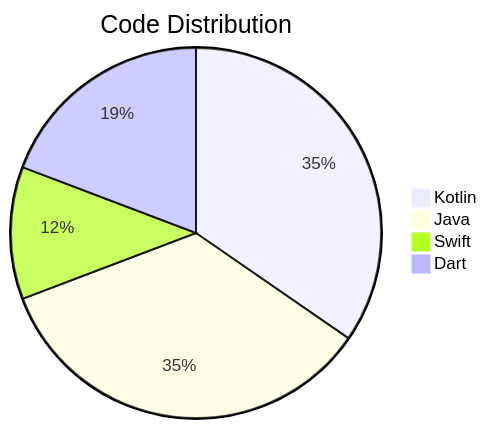
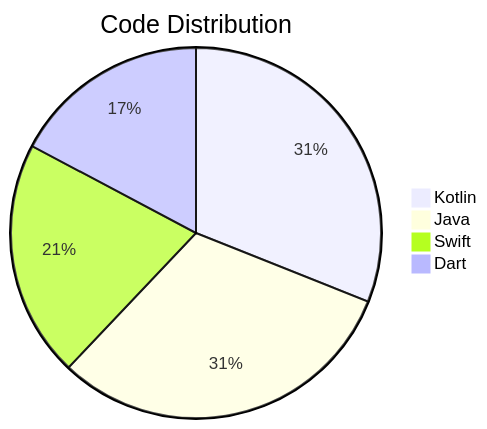
The diagram in README.md (Youssef-Abdelkader/Youssef-Abdelkader), drawn with Mermaid before and after one commit.

````diff
--- a/README.md
+++ b/README.md
@@ -87,8 +87,8 @@
 ```mermaid
 pie
     title Code Distribution
     "Kotlin" : 90
     "Java" : 90
-    "Swift" : 30
+    "Swift" : 60
     "Dart" : 50
 ```
````
